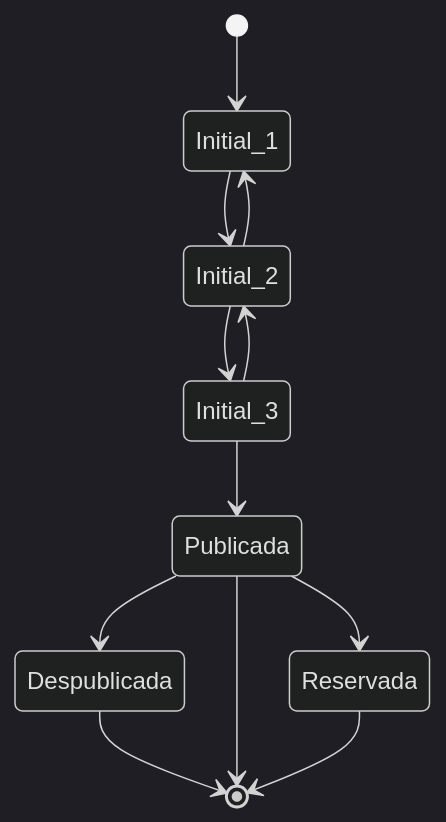
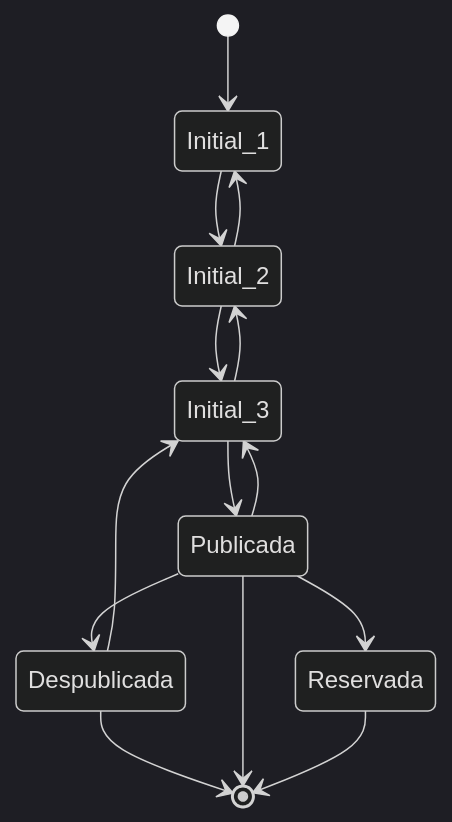
Before and after one commit to Gabirojas1/AplicacionesDistributivasBackEndTPO: the first of 3 diagrams in README.md, drawn with Mermaid (dark theme). The commit also changed other lines of this file, not shown here.

````diff
--- a/README.md
+++ b/README.md
@@ -99,14 +99,16 @@
 ```mermaid
 stateDiagram-v2
 [*] --> Initial_1
 Initial_1 --> Initial_2
 Initial_2 --> Initial_1
 Initial_2 --> Initial_3
 Initial_3 --> Initial_2
 Initial_3 --> Publicada
+Publicada --> Initial_3
+Despublicada --> Initial_3
 Publicada --> Despublicada
+Publicada --> Reservada
 Despublicada --> [*]
 Publicada --> [*]
 Reservada --> [*]
-Publicada --> Reservada
 ```
````
